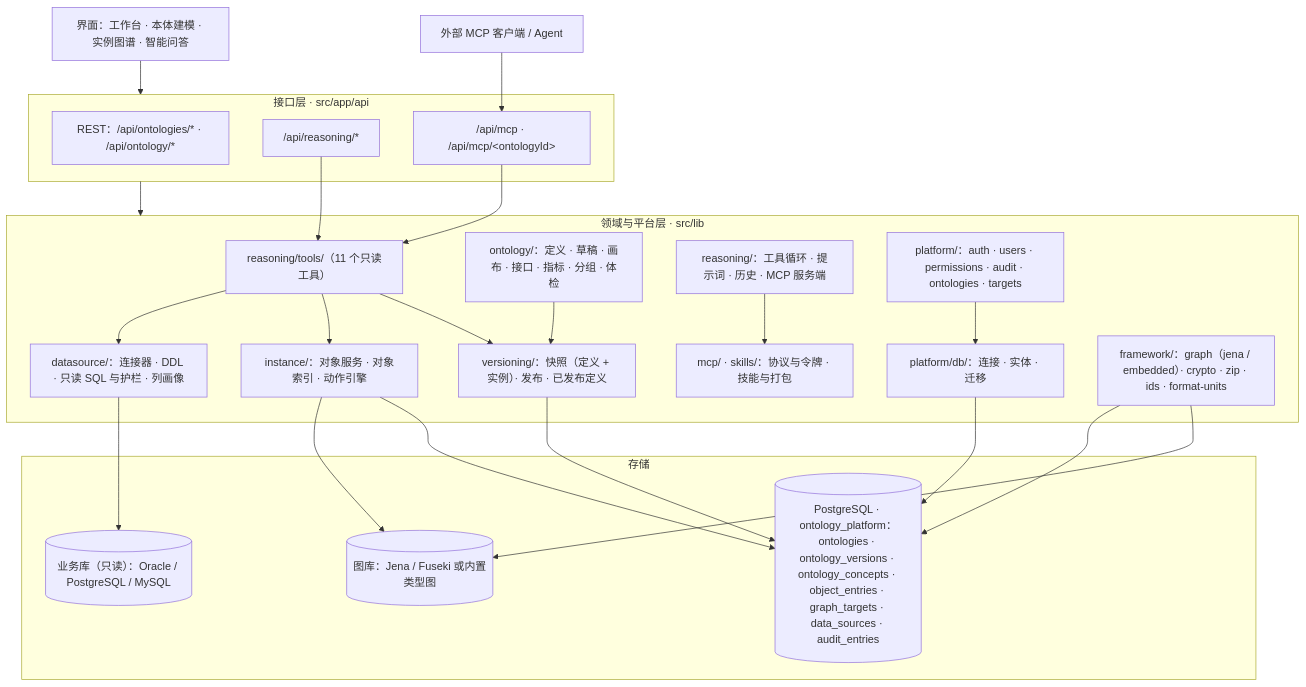
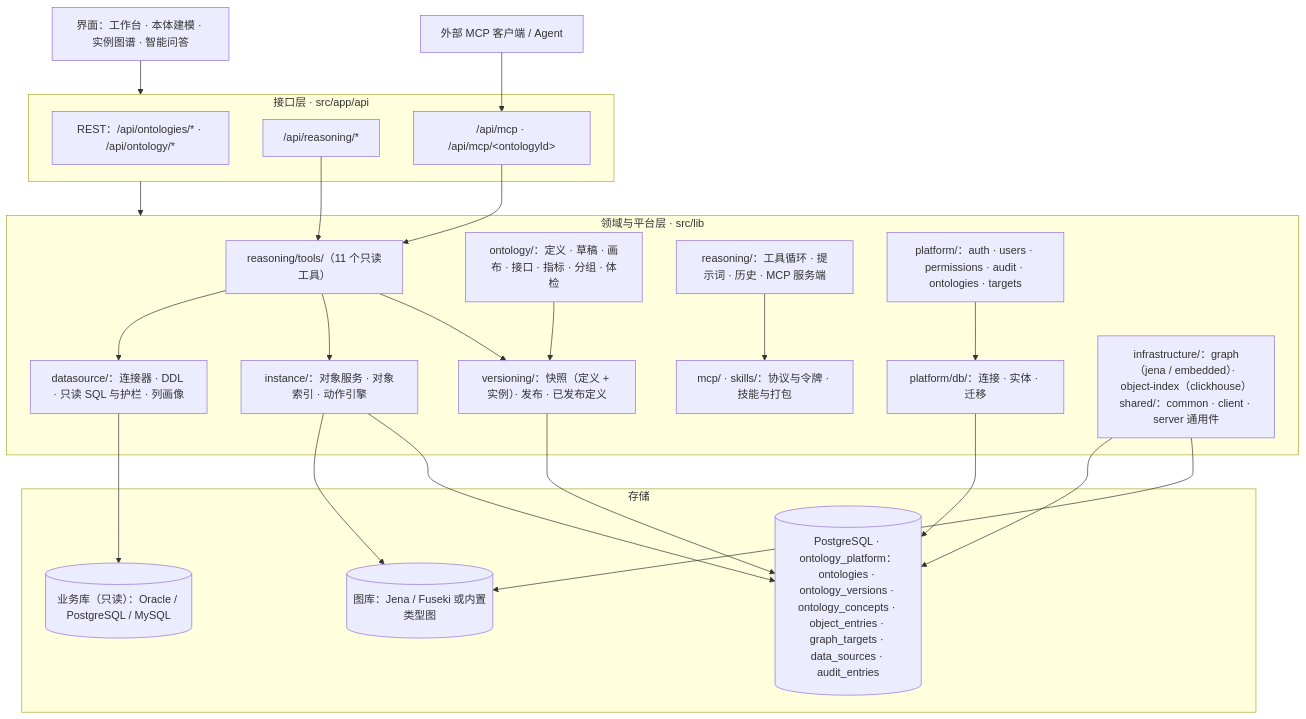
One commit to shell-nlp/ontology_management changed the second of 2 diagrams in README.md. Above: the diagram before and after it, drawn with Mermaid. The commit also changed other lines of this file and 144 other files, not shown here.

Commit message:
refactor: 重构模块路径，将 framework 下的核心模块迁移到 infrastructure 和 shared 目录

````diff
--- a/README.md
+++ b/README.md
@@ -784,49 +784,49 @@
 ```mermaid
 flowchart TB
   UI["界面：工作台 · 本体建模 · 实例图谱 · 智能问答"]
   EXT["外部 MCP 客户端 / Agent"]
 
   subgraph L_API["接口层 · src/app/api"]
     REST["REST：/api/ontologies/* · /api/ontology/*"]
     RUN["/api/reasoning/*"]
     MCPE["/api/mcp · /api/mcp/&lt;ontologyId&gt;"]
   end
 
   subgraph L_DOMAIN["领域与平台层 · src/lib"]
     TOOLS["reasoning/tools/（11 个只读工具）"]
     ONTO["ontology/：定义 · 草稿 · 画布 · 接口 · 指标 · 分组 · 体检"]
     VER["versioning/：快照（定义 + 实例）· 发布 · 已发布定义"]
     INST["instance/：对象服务 · 对象索引 · 动作引擎"]
     DS["datasource/：连接器 · DDL · 只读 SQL 与护栏 · 列画像"]
     REA["reasoning/：工具循环 · 提示词 · 历史 · MCP 服务端"]
     MS["mcp/ · skills/：协议与令牌 · 技能与打包"]
     PLAT["platform/：auth · users · permissions · audit · ontologies · targets"]
     DBM["platform/db/：连接 · 实体 · 迁移"]
-    FW["framework/：graph（jena / embedded）· crypto · zip · ids · format-units"]
+    INFRA["infrastructure/：graph（jena / embedded）· object-index（clickhouse）<br/>shared/：common · client · server 通用件"]
   end
 
   subgraph L_STORE["存储"]
     PG[("PostgreSQL · ontology_platform：ontologies · ontology_versions · ontology_concepts · object_entries · graph_targets · data_sources · audit_entries")]
     GRAPH[("图库：Jena / Fuseki 或内置类型图")]
     BIZ[("业务库（只读）：Oracle / PostgreSQL / MySQL")]
   end
 
   UI --> L_API
   EXT --> MCPE
   L_API --> L_DOMAIN
   RUN --> TOOLS
   MCPE --> TOOLS
   TOOLS --> VER
   TOOLS --> INST
   TOOLS --> DS
   ONTO --> VER
   VER --> PG
   INST --> PG
   INST --> GRAPH
   DS --> BIZ
   PLAT --> DBM
   DBM --> PG
-  FW --> GRAPH
-  FW --> PG
+  INFRA --> GRAPH
+  INFRA --> PG
   REA --> MS
 ```
````
